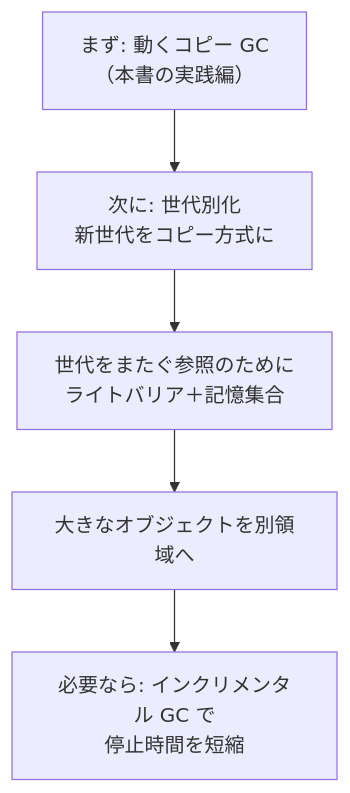
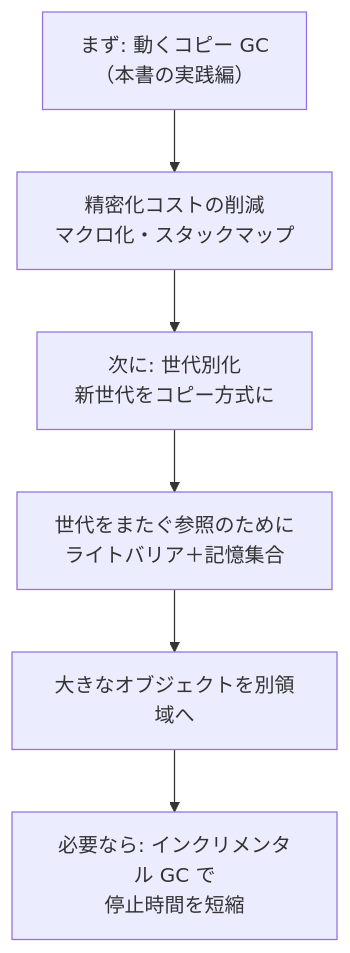
One commit to kolanglab/book_precise_gc changed the third of 3 diagrams in fast-techniques.md. Above: the diagram before and after it, drawn with Mermaid. The commit also changed other lines of this file, not shown here.

````diff
--- a/fast-techniques.md
+++ b/fast-techniques.md
@@ -107,7 +167,8 @@
 ```mermaid
 graph TD
-    A["まず: 動くコピー GC<br>（本書の実践編）"] --> B["次に: 世代別化<br>新世代をコピー方式に"]
-    B --> C["世代をまたぐ参照のために<br>ライトバリア＋記憶集合"]
-    C --> D["大きなオブジェクトを別領域へ"]
-    D --> E["必要なら: インクリメンタル GC で<br>停止時間を短縮"]
+    A["まず: 動くコピー GC<br>（本書の実践編）"] --> B["精密化コストの削減<br>マクロ化・スタックマップ"]
+    B --> C["次に: 世代別化<br>新世代をコピー方式に"]
+    C --> D["世代をまたぐ参照のために<br>ライトバリア＋記憶集合"]
+    D --> E["大きなオブジェクトを別領域へ"]
+    E --> F["必要なら: インクリメンタル GC で<br>停止時間を短縮"]
 ```
````
